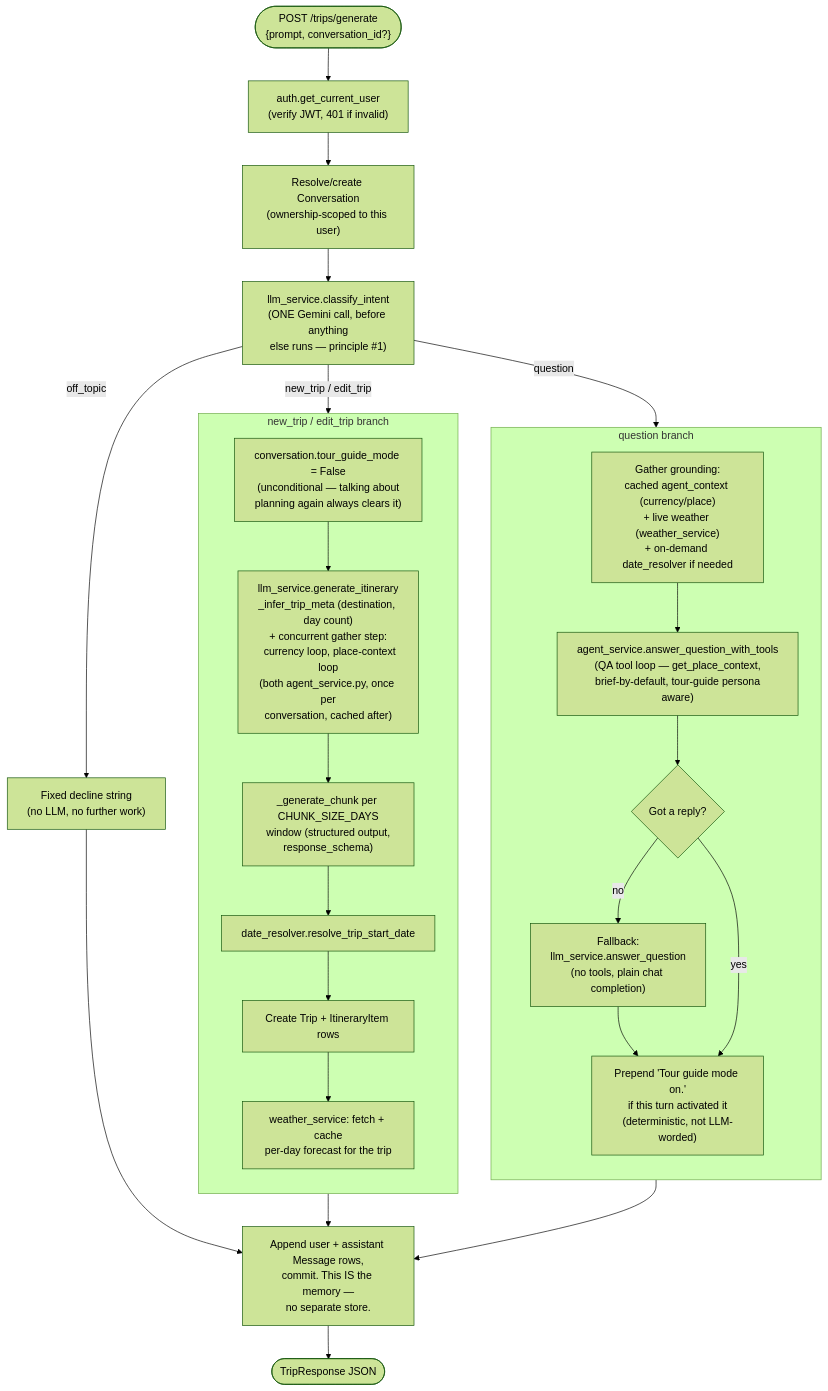
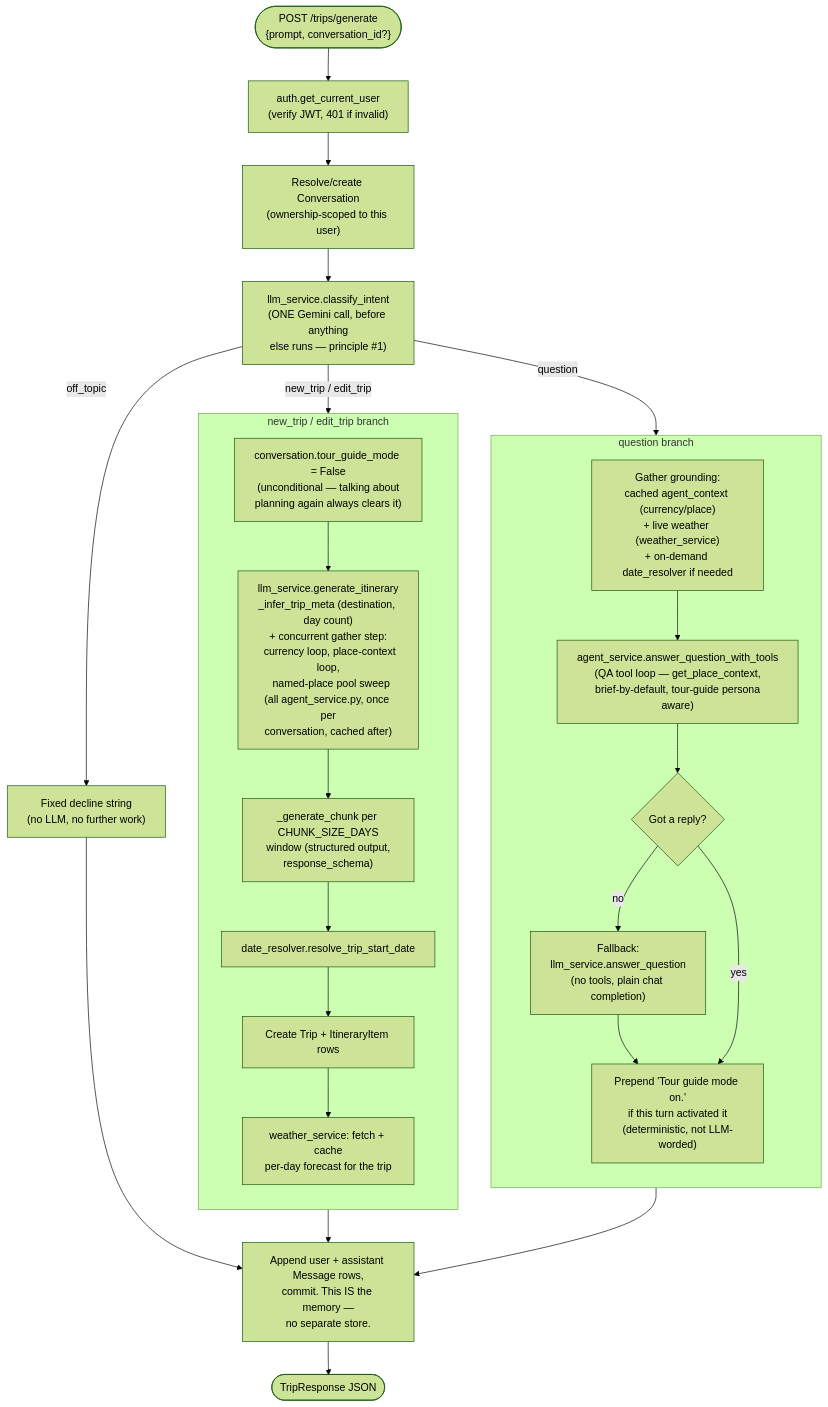
Before and after one commit to starkparsa/Itinera: the second of 7 diagrams in docs/architecture.md, drawn with Mermaid (forest theme). The commit also changed other lines of this file, not shown here.

First line of the commit message:
Update architecture.md for the named-place-pool sweep (PR #65)

````diff
--- a/docs/architecture.md
+++ b/docs/architecture.md
@@ -82,38 +88,38 @@
 ```mermaid
 flowchart TD
     Start(["POST /trips/generate\n{prompt, conversation_id?}"]) --> AuthCheck["auth.get_current_user\n(verify JWT, 401 if invalid)"]
     AuthCheck --> Resolve["Resolve/create Conversation\n(ownership-scoped to this user)"]
     Resolve --> Classify["llm_service.classify_intent\n(ONE Gemini call, before anything\nelse runs — principle #1)"]
 
     Classify -->|off_topic| OffTopic["Fixed decline string\n(no LLM, no further work)"]
     Classify -->|question| QBranch
     Classify -->|new_trip / edit_trip| PBranch
 
     subgraph QBranch["question branch"]
         direction TB
         Q1["Gather grounding:\ncached agent_context (currency/place)\n+ live weather (weather_service)\n+ on-demand date_resolver if needed"]
         Q2["agent_service.answer_question_with_tools\n(QA tool loop — get_place_context,\nbrief-by-default, tour-guide persona\naware)"]
         Q3{"Got a reply?"}
         Q4["Fallback:\nllm_service.answer_question\n(no tools, plain chat completion)"]
         Q5["Prepend 'Tour guide mode on.'\nif this turn activated it\n(deterministic, not LLM-worded)"]
         Q1 --> Q2 --> Q3
         Q3 -->|no| Q4 --> Q5
         Q3 -->|yes| Q5
     end
 
     subgraph PBranch["new_trip / edit_trip branch"]
         direction TB
         P0["conversation.tour_guide_mode = False\n(unconditional — talking about\nplanning again always clears it)"]
-        P1["llm_service.generate_itinerary\n_infer_trip_meta (destination, day count)\n+ concurrent gather step:\n  currency loop, place-context loop\n(both agent_service.py, once per\nconversation, cached after)"]
+        P1["llm_service.generate_itinerary\n_infer_trip_meta (destination, day count)\n+ concurrent gather step:\n  currency loop, place-context loop,\n  named-place pool sweep\n(all agent_service.py, once per\nconversation, cached after)"]
         P2["_generate_chunk per CHUNK_SIZE_DAYS\nwindow (structured output,\nresponse_schema)"]
         P3["date_resolver.resolve_trip_start_date"]
         P4["Create Trip + ItineraryItem rows"]
         P5["weather_service: fetch + cache\nper-day forecast for the trip"]
         P0 --> P1 --> P2 --> P3 --> P4 --> P5
     end
 
     OffTopic --> Persist
     Q5 --> Persist
     P5 --> Persist["Append user + assistant Message rows,\ncommit. This IS the memory —\nno separate store."]
     Persist --> Response(["TripResponse JSON"])
 ```
````
